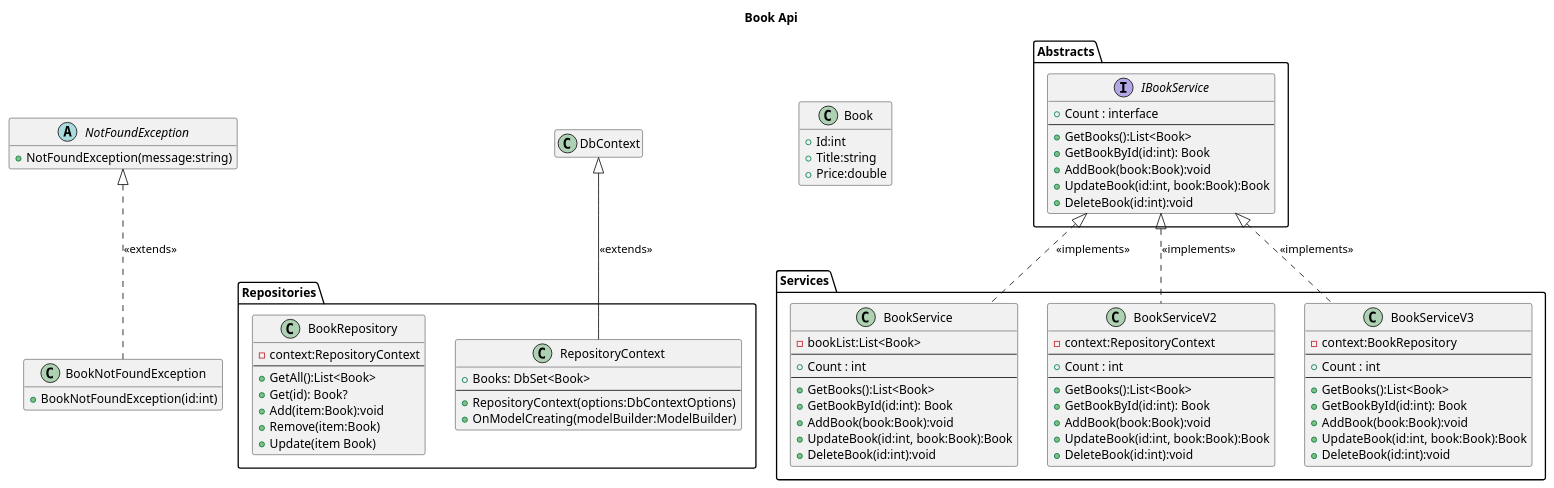
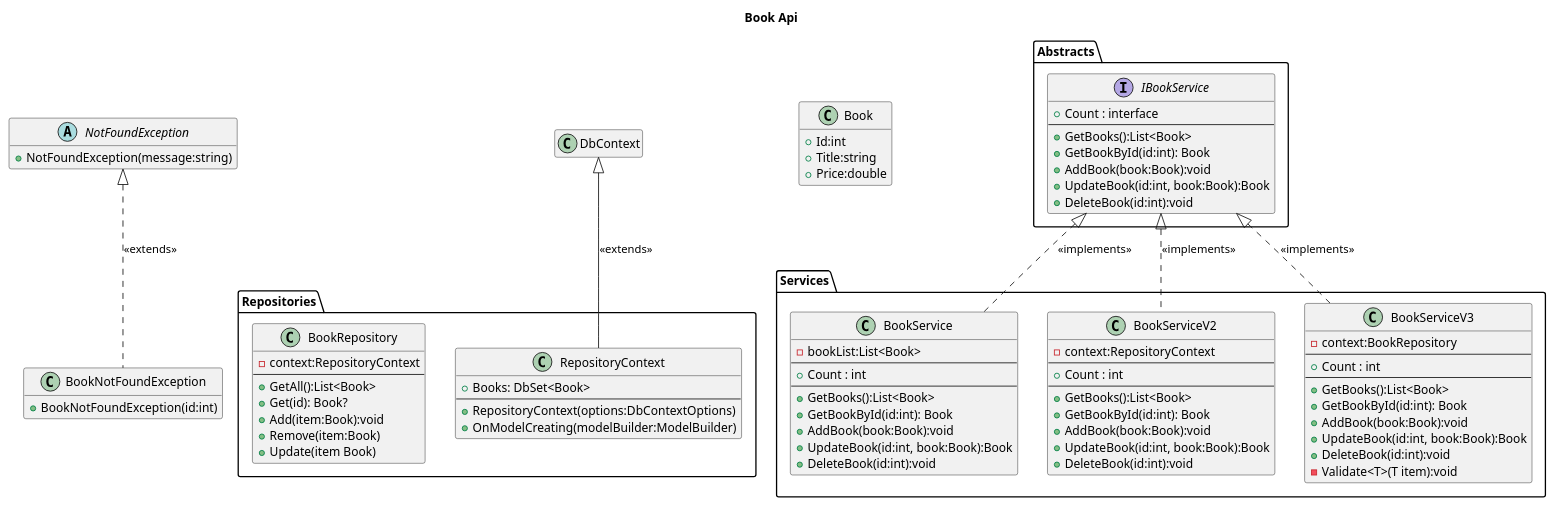
One commit to ayhan-karaman/MinimalAPIsZComertEducationSeries changed the diagram in Ch_12_Repo_In_Use/Models/Model.wsd. Above: the diagram before and after it, drawn with PlantUML. The commit also changed 18 other files, not shown here.

```diff
--- a/Ch_12_Repo_In_Use/Models/Model.wsd
+++ b/Ch_12_Repo_In_Use/Models/Model.wsd
@@ -1,98 +1,99 @@
 @startuml --
 title Book Api
 
 class Book{
     + Id:int
     + Title:string
     + Price:double
 }
 class DbContext
 
 package Repositories {
 
     class RepositoryContext{
         + Books: DbSet<Book>
         --
         + RepositoryContext(options:DbContextOptions)
         + OnModelCreating(modelBuilder:ModelBuilder)
     }
     class BookRepository {
         - context:RepositoryContext
         --
         + GetAll():List<Book>
         + Get(id): Book?
         + Add(item:Book):void
         + Remove(item:Book)
         + Update(item Book)
     }
 
 
 }
 
 package Abstracts{
     interface IBookService{
         + Count : interface
         --
         + GetBooks():List<Book>
         + GetBookById(id:int): Book
         + AddBook(book:Book):void
         + UpdateBook(id:int, book:Book):Book
         + DeleteBook(id:int):void
     }
 }
 package Services{
     class BookService{
         - bookList:List<Book>
         --
         + Count : int
         --
         + GetBooks():List<Book>
         + GetBookById(id:int): Book
         + AddBook(book:Book):void
         + UpdateBook(id:int, book:Book):Book
         + DeleteBook(id:int):void
     }
     class BookServiceV2{
         - context:RepositoryContext
         --
         + Count : int
         --
         + GetBooks():List<Book>
         + GetBookById(id:int): Book
         + AddBook(book:Book):void
         + UpdateBook(id:int, book:Book):Book
         + DeleteBook(id:int):void
     }
     class BookServiceV3{
         - context:BookRepository
         --
         + Count : int
         --
         + GetBooks():List<Book>
         + GetBookById(id:int): Book
         + AddBook(book:Book):void
         + UpdateBook(id:int, book:Book):Book
         + DeleteBook(id:int):void
+        - Validate<T>(T item):void
     }
 
 
 }
 
 abstract NotFoundException{
     + NotFoundException(message:string)
 }
 class BookNotFoundException{
     + BookNotFoundException(id:int)
 }
 
 BookService .up.|> IBookService : "<<implements>>"
 BookServiceV2 .up.|> IBookService : "<<implements>>"
 BookServiceV3 .up.|> IBookService : "<<implements>>"
 
 RepositoryContext -up-|> DbContext : "<<extends>>"
 
 BookNotFoundException .up.|> NotFoundException:"<<extends>>"
 
 hide empty members
 
 @enduml
```
